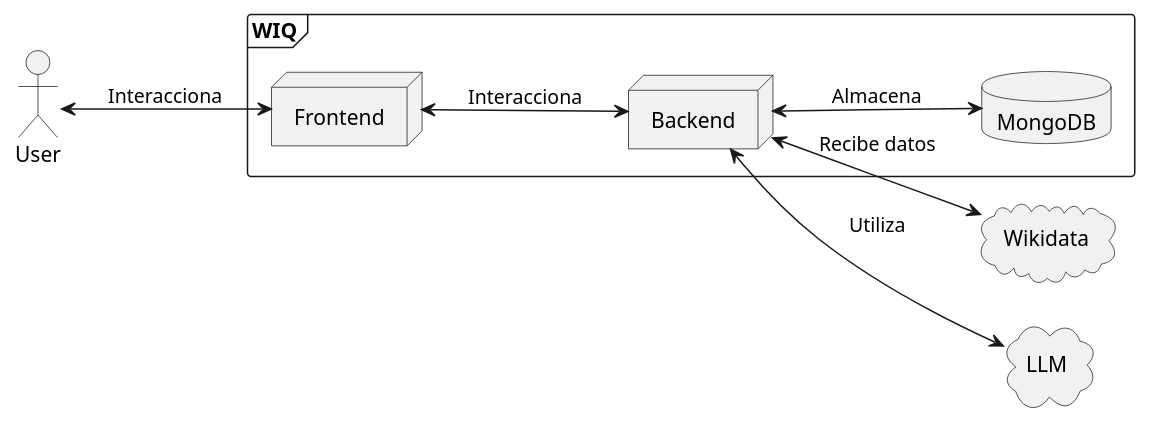
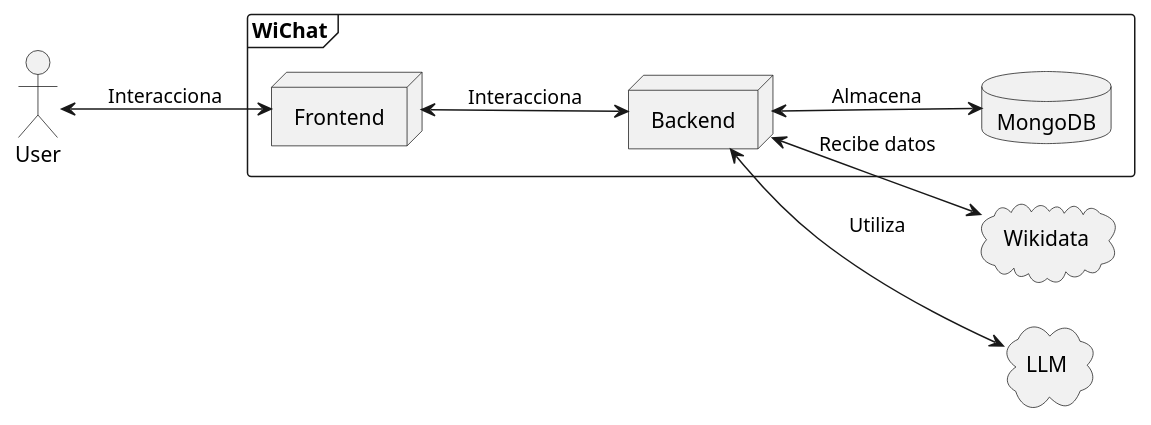
One commit to Arquisoft/wichat_es5b changed the second of 2 diagrams in docs/src/05_building_block_view.adoc. Above: the diagram before and after it, drawn with PlantUML. The commit also changed other lines of this file, not shown here.

```diff
--- a/docs/src/05_building_block_view.adoc
+++ b/docs/src/05_building_block_view.adoc
@@ -112,33 +112,33 @@
 [plantuml,"Nivel 2",png]
 ----
 @startuml
 skinparam monochrome true
 left to right direction
 
 actor "User"
 
-frame "WIQ" {
+frame "WiChat" {
     node "Frontend" {
     }
 
     node "Backend" {
     }
 
     database "MongoDB" {
     }
 }
 
 cloud "Wikidata" {
 }
 
 cloud "LLM" {
 }
 
 "User" <--> "Frontend" : Interacciona
 "Frontend"<--> "Backend" : Interacciona
 "Backend" <--> "MongoDB" : Almacena
 "Backend" <-down-> "Wikidata" : Recibe datos
 "Backend" <-down-> "LLM" : Utiliza
 
 @enduml
 ----
```
